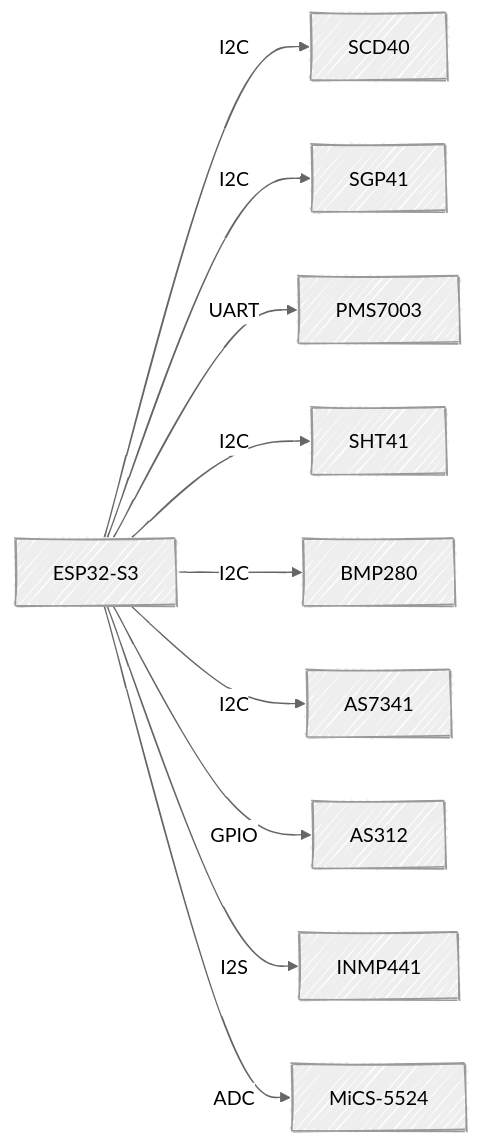
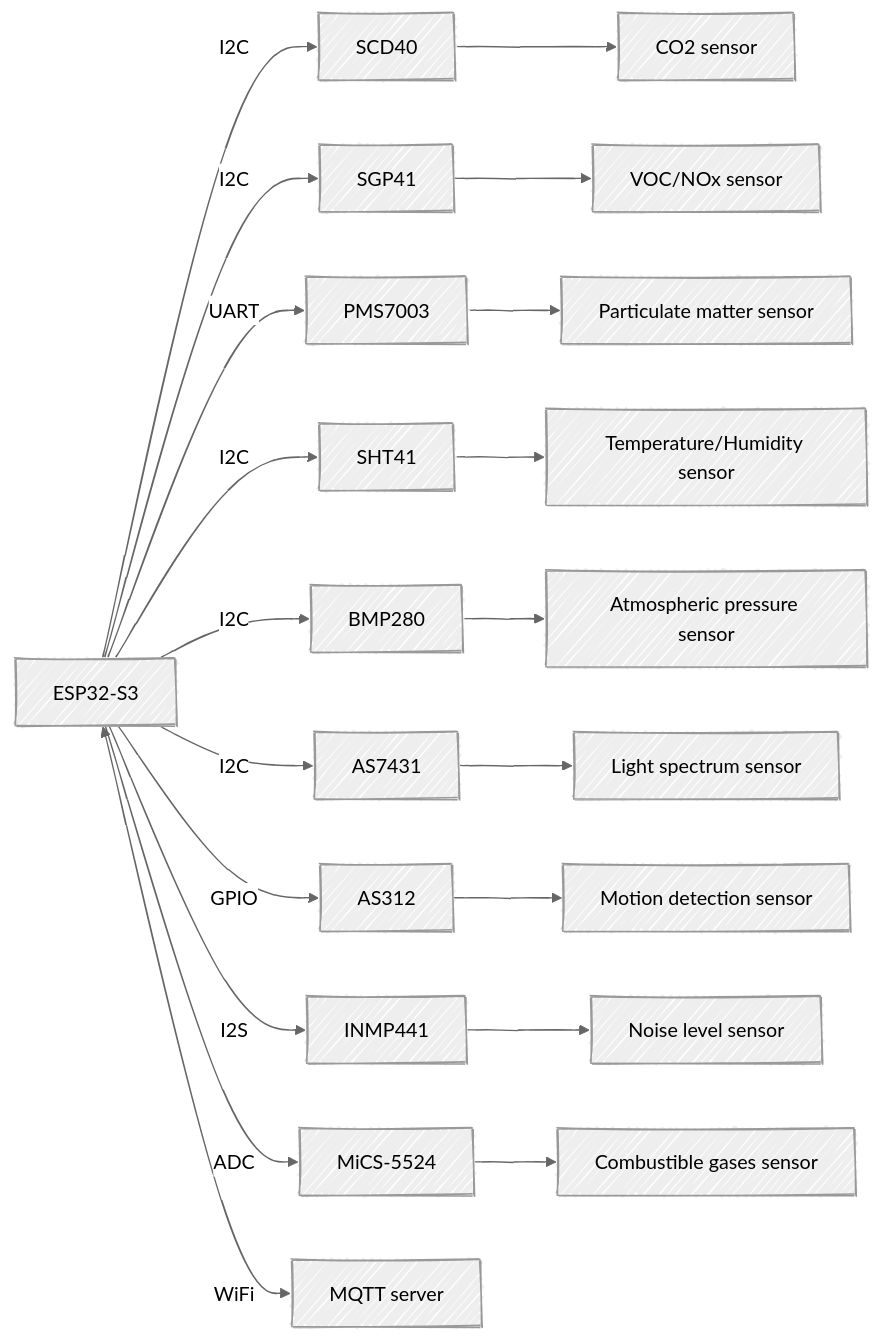
The diagram in README.md (SimoPela/electrical_outlet_IOT), drawn with Mermaid before and after one commit.

Commit message:
[new] readme.md: v1.1 mermaid layout of prototype

````diff
--- a/README.md
+++ b/README.md
@@ -69,18 +69,20 @@
 ```mermaid
 ---
 config:
   look: handDrawn
   theme: neutral
 ---
 flowchart LR
-  A[ESP32-S3] -->|I2C| B[SCD40]
-  A -->|I2C| C[SGP41]
-  A -->|UART| D[PMS7003]
-  A -->|I2C| E[SHT41]
-  A -->|I2C| F[BMP280]
-  A -->|I2C| G[AS7341]
-  A -->|GPIO| H[AS312]
-  A -->|I2S| I[INMP441]
-  A -->|ADC| J[MiCS-5524]
+  A[ESP32-S3] -->|I2C| B[SCD40] --> K[CO2 sensor]
+  A -->|I2C| C[SGP41] --> L[VOC/NOx sensor]
+  A -->|UART| D[PMS7003] --> R[Particulate matter sensor]
+  A -->|I2C| E[SHT41] --> M[Temperature/Humidity sensor]
+  A -->|I2C| F[BMP280] --> N[Atmospheric pressure sensor]
+  A -->|I2C| G[AS7431] --> O[Light spectrum sensor]
+  A -->|GPIO| H[AS312] --> P[Motion detection sensor]
+  A -->|I2S| I[INMP441] --> Q[Noise level sensor]
+  A -->|ADC| J[MiCS-5524] --> S[Combustible gases sensor]
+
+  A <-->|WiFi| T[MQTT server]
 
 ```
````
